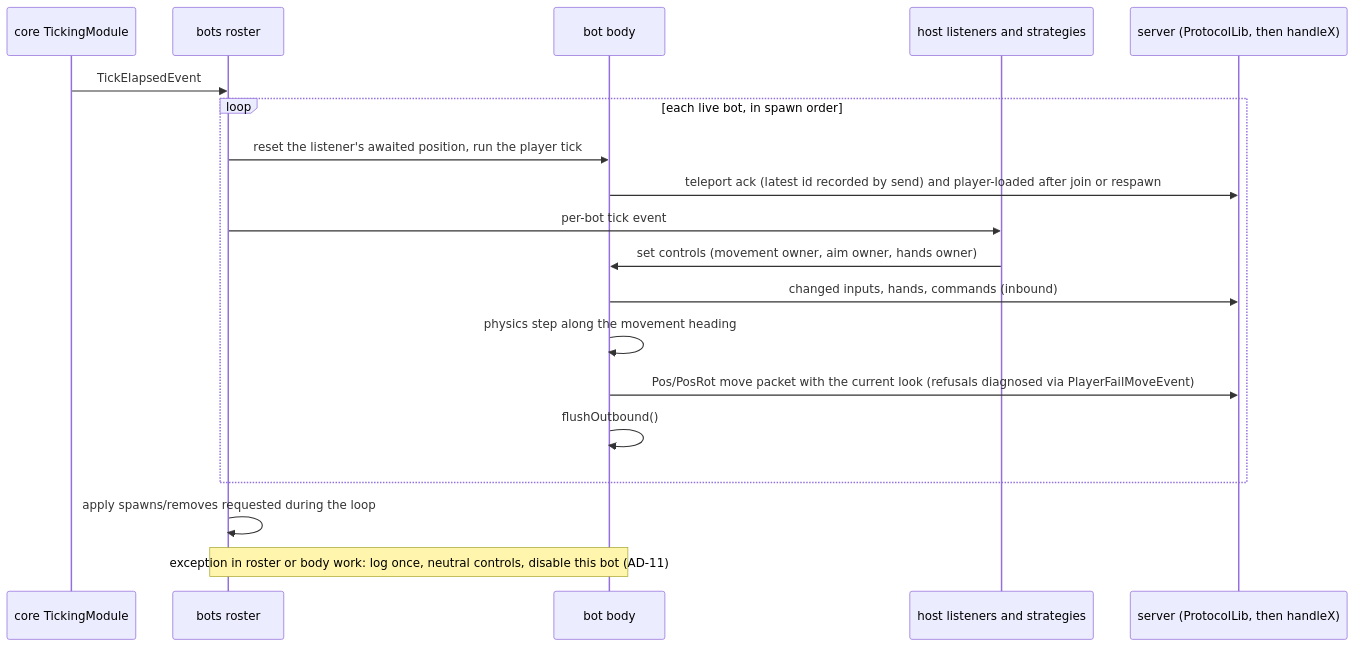
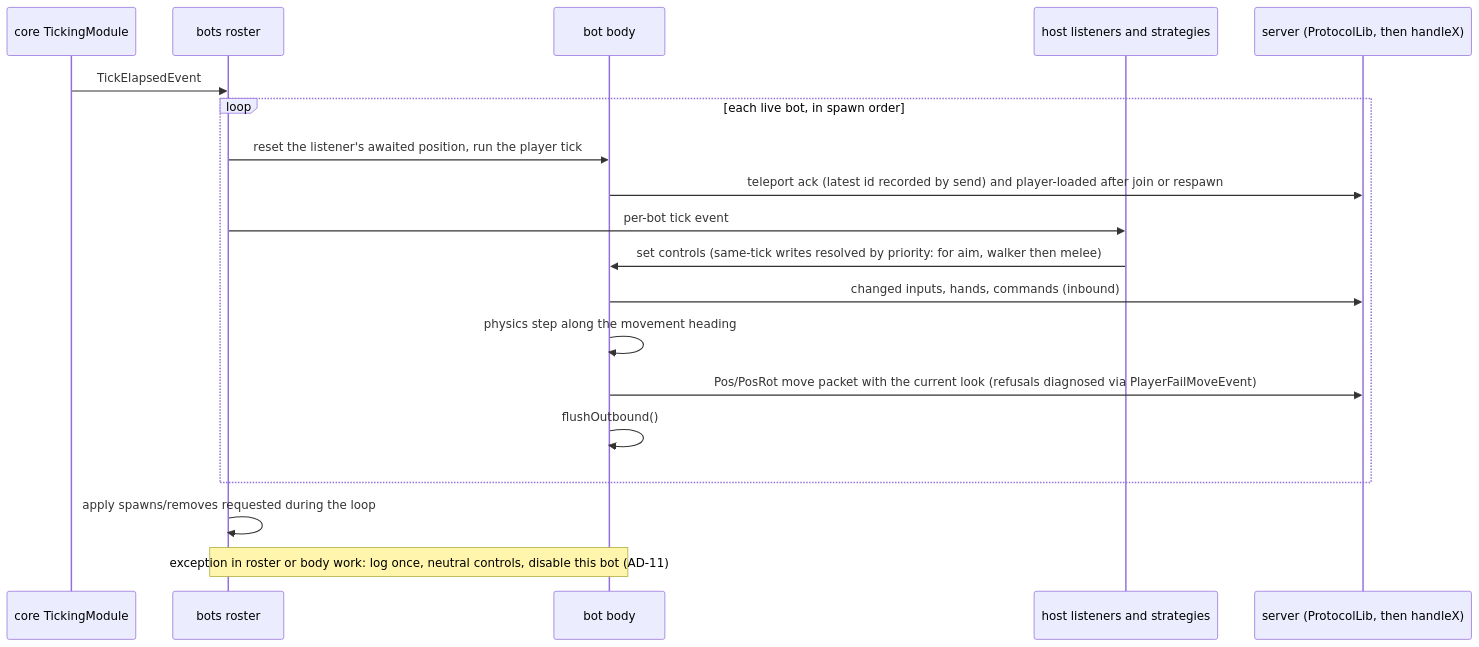
The second of 2 diagrams in _bmad-output/planning-artifacts/architecture/architecture-Vi6Clean-2026-11-03/ARCHITECTURE-SPINE.md (NekotineMC/Vi6Clean), drawn with Mermaid before and after one commit. The commit also changed other lines of this file and 2 other files, not shown here.

First line of the commit message:
docs(epics): add NekotineBots epics and stories; amend AD-5 to priority order

````diff
--- a/_bmad-output/planning-artifacts/architecture/architecture-Vi6Clean-2026-11-03/ARCHITECTURE-SPINE.md
+++ b/_bmad-output/planning-artifacts/architecture/architecture-Vi6Clean-2026-11-03/ARCHITECTURE-SPINE.md
@@ -249,21 +251,21 @@
 ```mermaid
 sequenceDiagram
   participant T as core TickingModule
   participant R as bots roster
   participant B as bot body
   participant H as host listeners and strategies
   participant S as server (ProtocolLib, then handleX)
   T->>R: TickElapsedEvent
   loop each live bot, in spawn order
     R->>B: reset the listener's awaited position, run the player tick
     B->>S: teleport ack (latest id recorded by send) and player-loaded after join or respawn
     R->>H: per-bot tick event
-    H->>B: set controls (movement owner, aim owner, hands owner)
+    H->>B: set controls (same-tick writes resolved by priority: for aim, walker then melee)
     B->>S: changed inputs, hands, commands (inbound)
     B->>B: physics step along the movement heading
     B->>S: Pos/PosRot move packet with the current look (refusals diagnosed via PlayerFailMoveEvent)
     B->>B: flushOutbound()
   end
   R->>R: apply spawns/removes requested during the loop
   Note over R,B: exception in roster or body work: log once, neutral controls, disable this bot (AD-11)
 ```
````
